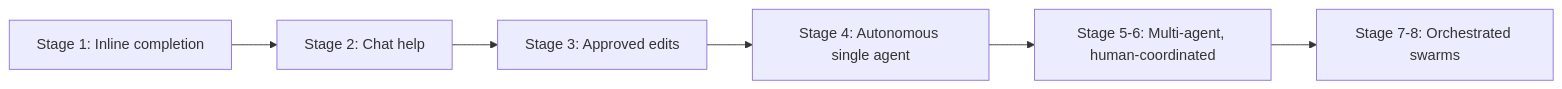
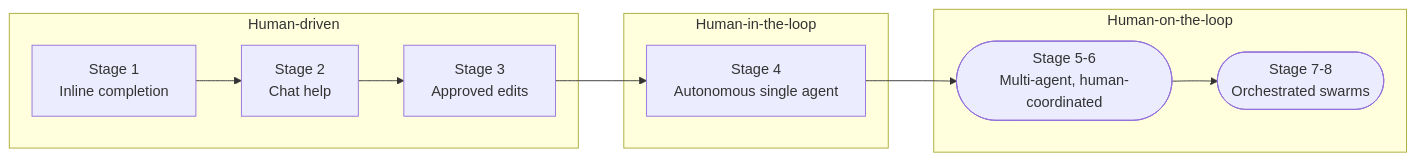
The fifth of 10 diagrams in UNT/dark_factory.md (jh125486/presentations), drawn with Mermaid before and after one commit. The commit also changed other lines of this file, not shown here.

First line of the commit message:
add SSDLC-to-dark-factory diagram and expand mermaid coverage

````diff
--- a/UNT/dark_factory.md
+++ b/UNT/dark_factory.md
@@ -253,4 +303,14 @@
 ```mermaid
 flowchart LR
-  S1["Stage 1: Inline completion"] --> S2["Stage 2: Chat help"] --> S3["Stage 3: Approved edits"] --> S4["Stage 4: Autonomous single agent"] --> S56["Stage 5-6: Multi-agent, human-coordinated"] --> S78["Stage 7-8: Orchestrated swarms"]
+  subgraph HD["Human-driven"]
+    S1["Stage 1<br/>Inline completion"] --> S2["Stage 2<br/>Chat help"] --> S3["Stage 3<br/>Approved edits"]
+  end
+  subgraph HITL["Human-in-the-loop"]
+    S4["Stage 4<br/>Autonomous single agent"]
+  end
+  subgraph HOTL["Human-on-the-loop"]
+    S56(["Stage 5-6<br/>Multi-agent, human-coordinated"])
+    S78(["Stage 7-8<br/>Orchestrated swarms"])
+  end
+  S3 --> S4 --> S56 --> S78
 ```
````
